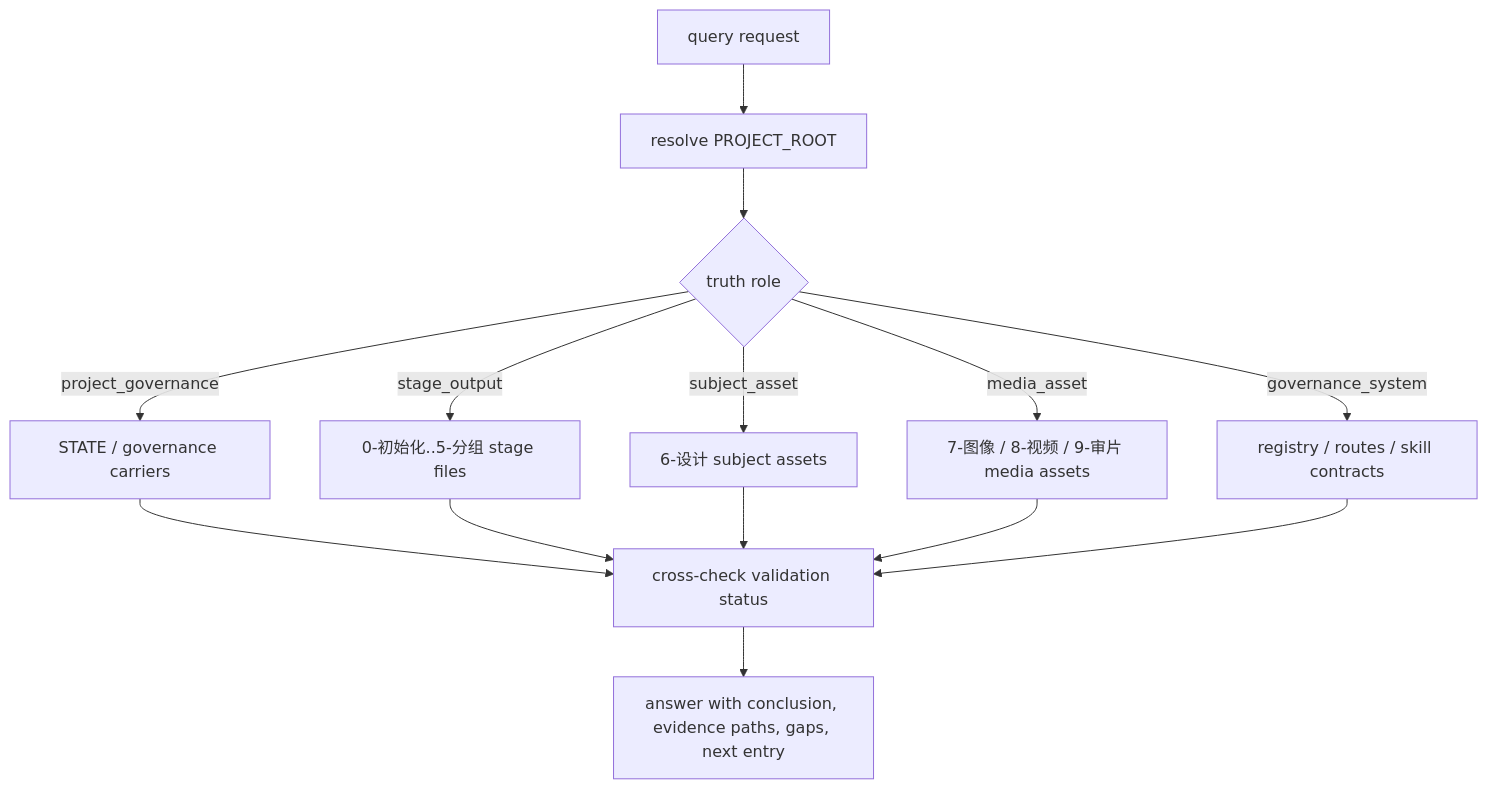
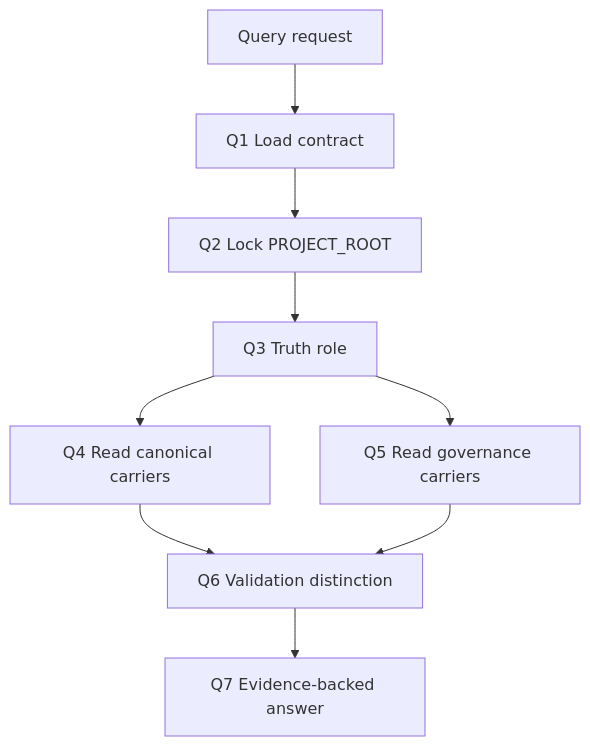
One commit to ZEN-VOID/AI-CUT changed the diagram in .agents/skills/aigc/query/SKILL.md. Above: the diagram before and after it, drawn with Mermaid. The commit also changed other lines of this file and 739 other files, not shown here.

````diff
--- a/.agents/skills/aigc/query/SKILL.md
+++ b/.agents/skills/aigc/query/SKILL.md
@@ -85,16 +98,11 @@
 ```mermaid
 flowchart TD
-    A["query request"] --> B["resolve PROJECT_ROOT"]
-    B --> C{"truth role"}
-    C -->|"project_governance"| D["STATE / governance carriers"]
-    C -->|"stage_output"| E["0-初始化..5-分组 stage files"]
-    C -->|"subject_asset"| F["6-设计 subject assets"]
-    C -->|"media_asset"| G["7-图像 / 8-视频 / 9-审片 media assets"]
-    C -->|"governance_system"| H["registry / routes / skill contracts"]
-    D --> I["cross-check validation status"]
-    E --> I
-    F --> I
-    G --> I
-    H --> I
-    I --> J["answer with conclusion, evidence paths, gaps, next entry"]
+    A["Query request"] --> B["Q1 Load contract"]
+    B --> C["Q2 Lock PROJECT_ROOT"]
+    C --> D["Q3 Truth role"]
+    D --> E["Q4 Read canonical carriers"]
+    D --> F["Q5 Read governance carriers"]
+    E --> G["Q6 Validation distinction"]
+    F --> G
+    G --> H["Q7 Evidence-backed answer"]
 ```
````
